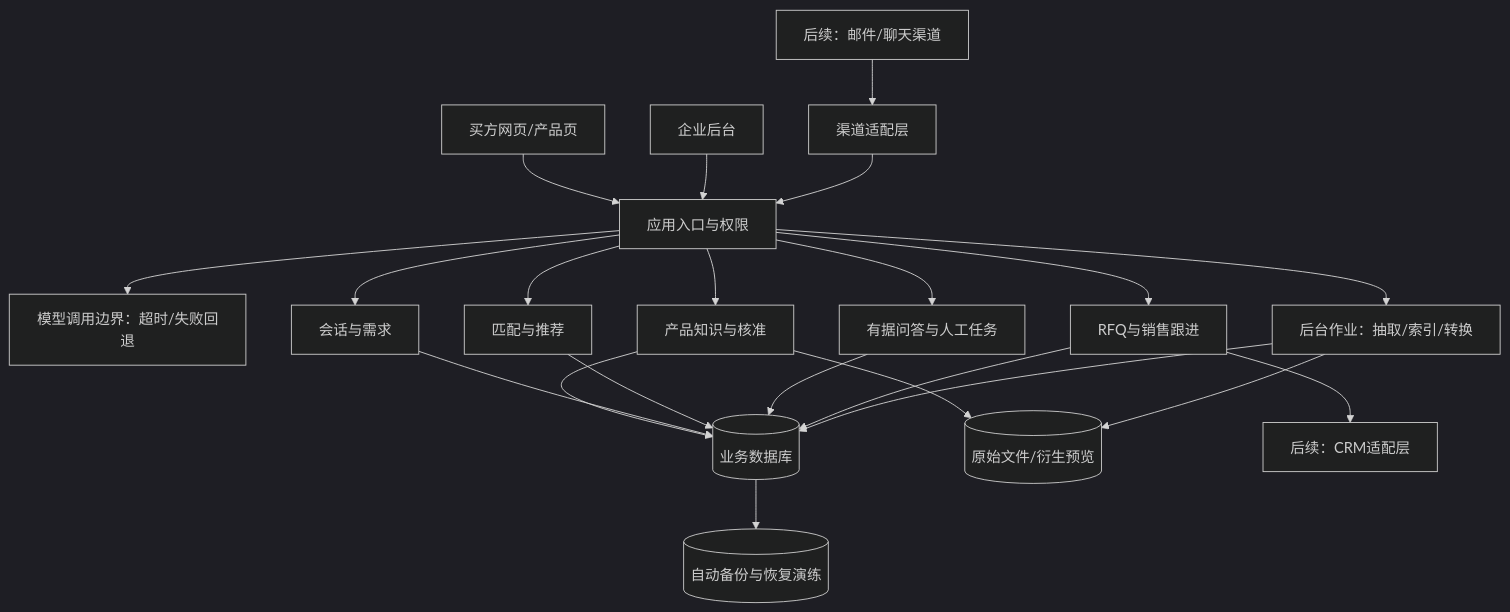
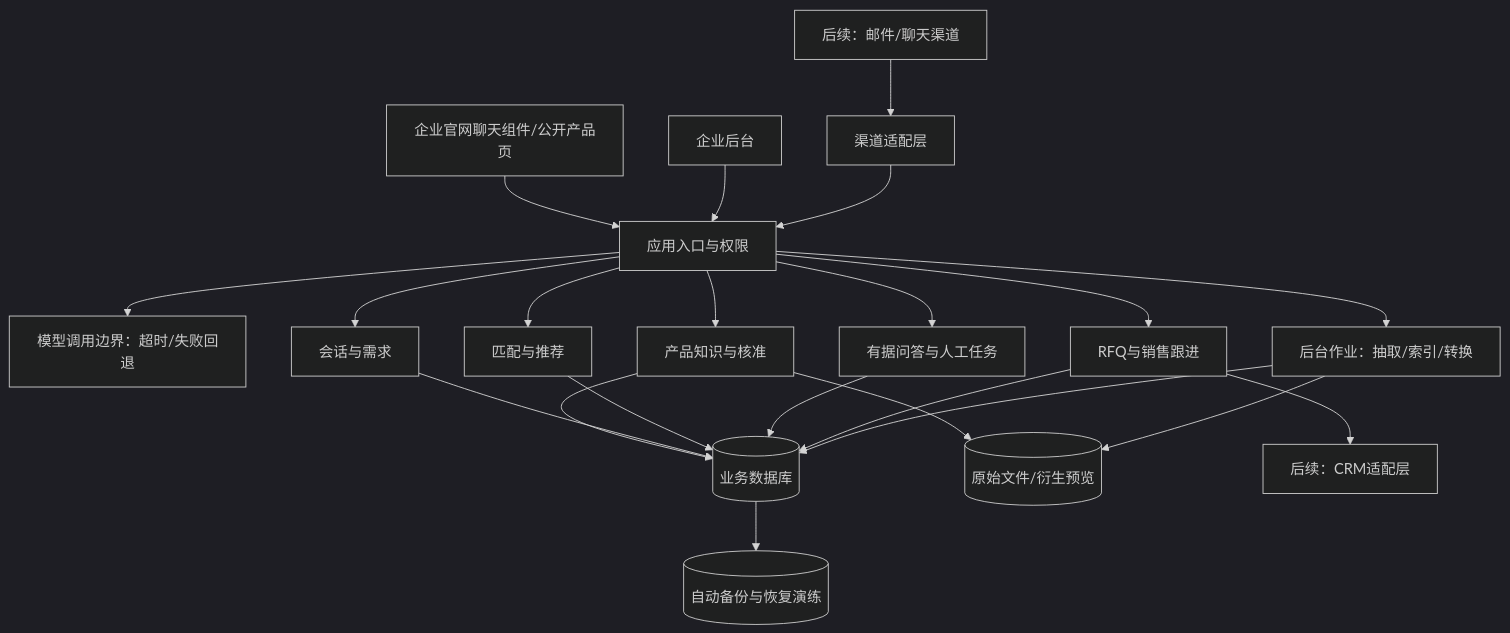
The diagram in docs/技术架构草案.md (JiahaoShang/blinking-CB-water-pump-saas), drawn with Mermaid (dark theme) before and after one commit. The commit also changed other lines of this file and 4 other files, not shown here.

````diff
--- a/docs/技术架构草案.md
+++ b/docs/技术架构草案.md
@@ -19,24 +19,24 @@
 ```mermaid
 flowchart TB
-  Buyer[买方网页/产品页] --> API[应用入口与权限]
+  Buyer[企业官网聊天组件/公开产品页] --> API[应用入口与权限]
   Seller[企业后台] --> API
   External[后续：邮件/聊天渠道] --> Adapter[渠道适配层]
   Adapter --> API
   API --> AI[模型调用边界：超时/失败回退]
   API --> Product[产品知识与核准]
   API --> Conversation[会话与需求]
   API --> Recommendation[匹配与推荐]
   API --> Answer[有据问答与人工任务]
   API --> Sales[RFQ与销售跟进]
   Product --> DB[(业务数据库)]
   Conversation --> DB
   Recommendation --> DB
   Answer --> DB
   Sales --> DB
   Product --> Files[(原始文件/衍生预览)]
   API --> Jobs[后台作业：抽取/索引/转换]
   Jobs --> Files
   Jobs --> DB
   DB --> Backup[(自动备份与恢复演练)]
   Sales --> Export[后续：CRM适配层]
 ```
````
